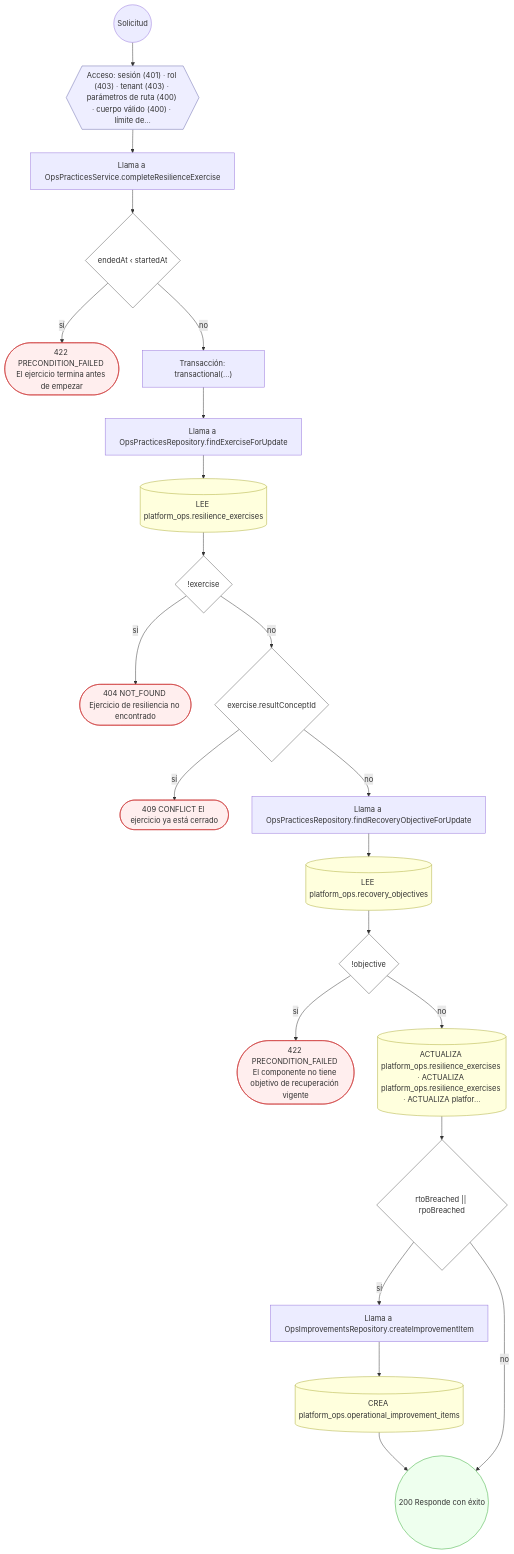
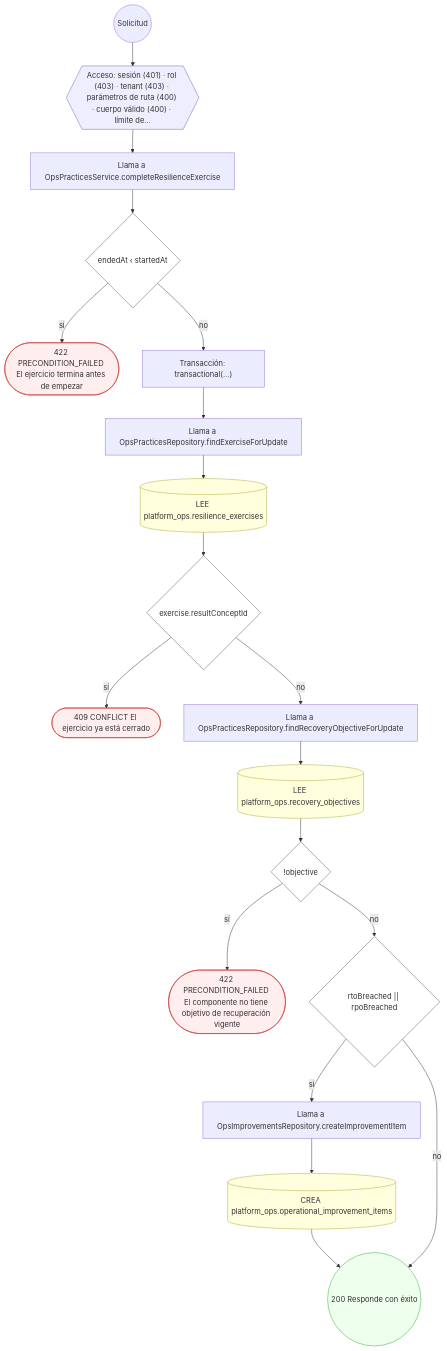
One commit to mdavila-2001/mantra-core-health-api changed diagram 13 of 16 in docs/inventario/flujos/platform_ops.md. Above: the diagram before and after it, drawn with Mermaid. The commit also changed other lines of this file and 438 other files, not shown here.

````diff
--- a/docs/inventario/flujos/platform_ops.md
+++ b/docs/inventario/flujos/platform_ops.md
@@ -1215,51 +1176,45 @@
 ```mermaid
 flowchart TD
   n1(("Solicitud")):::inicio
   n2{{"Acceso: sesión (401) · rol (403) · tenant (403) · parámetros de ruta (400) · cuerpo válido (400) · límite de…"}}:::acceso
   n1 --> n2
   n3["Llama a OpsPracticesService.completeResilienceExercise"]:::llamada
   n2 --> n3
   n4{"endedAt ‹ startedAt"}:::decision
   n3 --> n4
   n5(["422 PRECONDITION_FAILED El ejercicio termina antes de empezar"]):::error
   n4 -->|"sí"| n5
   n6["Transacción: transactional(…)"]:::transaccion
   n4 -->|"no"| n6
   n7["Llama a OpsPracticesRepository.findExerciseForUpdate"]:::llamada
   n6 --> n7
   n8[("LEE platform_ops.resilience_exercises")]:::efecto
   n7 --> n8
-  n9{"!exercise"}:::decision
+  n9{"exercise.resultConceptId"}:::decision
   n8 --> n9
-  n10(["404 NOT_FOUND Ejercicio de resiliencia no encontrado"]):::error
+  n10(["409 CONFLICT El ejercicio ya está cerrado"]):::error
   n9 -->|"sí"| n10
-  n11{"exercise.resultConceptId"}:::decision
+  n11["Llama a OpsPracticesRepository.findRecoveryObjectiveForUpdate"]:::llamada
   n9 -->|"no"| n11
-  n12(["409 CONFLICT El ejercicio ya está cerrado"]):::error
-  n11 -->|"sí"| n12
-  n13["Llama a OpsPracticesRepository.findRecoveryObjectiveForUpdate"]:::llamada
-  n11 -->|"no"| n13
-  n14[("LEE platform_ops.recovery_objectives")]:::efecto
-  n13 --> n14
-  n15{"!objective"}:::decision
-  n14 --> n15
-  n16(["422 PRECONDITION_FAILED El componente no tiene objetivo de recuperación vigente"]):::error
+  n12[("LEE platform_ops.recovery_objectives")]:::efecto
+  n11 --> n12
+  n13{"!objective"}:::decision
+  n12 --> n13
+  n14(["422 PRECONDITION_FAILED El componente no tiene objetivo de recuperación vigente"]):::error
+  n13 -->|"sí"| n14
+  n15{"rtoBreached || rpoBreached"}:::decision
+  n13 -->|"no"| n15
+  n16["Llama a OpsImprovementsRepository.createImprovementItem"]:::llamada
   n15 -->|"sí"| n16
-  n17[("ACTUALIZA platform_ops.resilience_exercises · ACTUALIZA platform_ops.resilience_exercises · ACTUALIZA platfor…")]:::efecto
-  n15 -->|"no"| n17
-  n18{"rtoBreached || rpoBreached"}:::decision
+  n17[("CREA platform_ops.operational_improvement_items")]:::efecto
+  n16 --> n17
+  n18(("200 Responde con éxito")):::ok
   n17 --> n18
-  n19["Llama a OpsImprovementsRepository.createImprovementItem"]:::llamada
-  n18 -->|"sí"| n19
-  n20[("CREA platform_ops.operational_improvement_items")]:::efecto
-  n19 --> n20
-  n21(("200 Responde con éxito")):::ok
-  n20 --> n21
-  n18 -->|"no"| n21
+  n15 -->|"no"| n18
   classDef acceso fill:#eef,stroke:#66a
   classDef error fill:#fee,stroke:#c33
   classDef ok fill:#efe,stroke:#3a3
   classDef efecto fill:#ffd,stroke:#aa3
   classDef decision fill:#fff,stroke:#555
   classDef corte fill:#eee,stroke:#999,stroke-dasharray: 4
 ```
````
